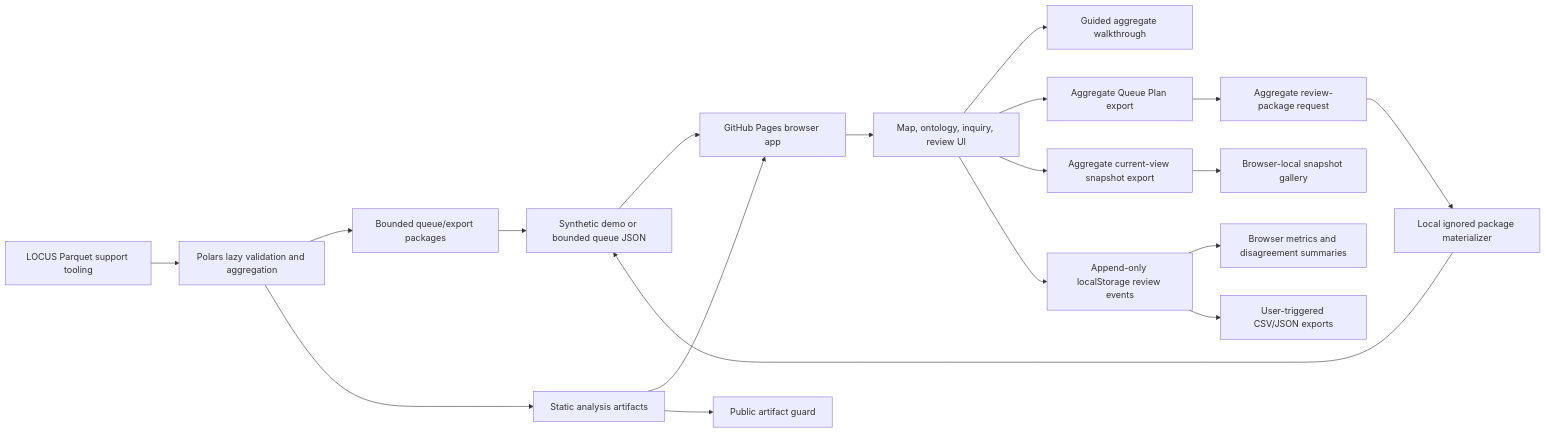
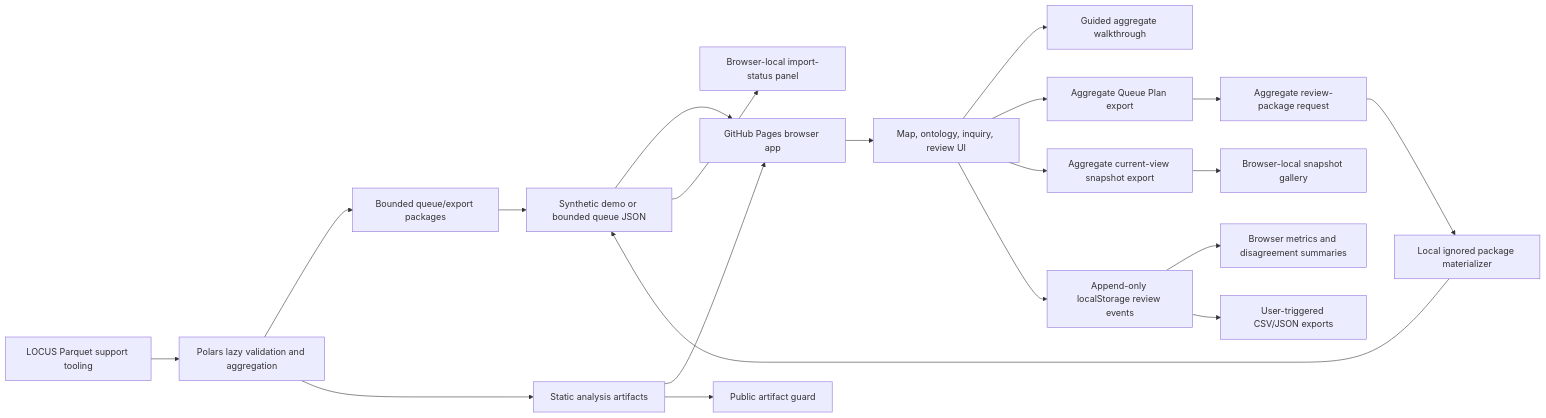
Before and after one commit to evcatalyst/evolocus: the diagram in docs/architecture.md, drawn with Mermaid. The commit also changed other lines of this file and 11 other files, not shown here.

Commit message:
feat: show browser import package status

````diff
--- a/docs/architecture.md
+++ b/docs/architecture.md
@@ -7,21 +7,22 @@
 ```mermaid
 flowchart LR
   A["Synthetic demo or bounded queue JSON"] --> B["GitHub Pages browser app"]
   C["Static analysis artifacts"] --> B
   B --> D["Map, ontology, inquiry, review UI"]
   D --> W["Guided aggregate walkthrough"]
   D --> Q["Aggregate Queue Plan export"]
   Q --> R["Aggregate review-package request"]
   R --> S["Local ignored package materializer"]
   S --> A
   D --> X["Aggregate current-view snapshot export"]
   X --> Y["Browser-local snapshot gallery"]
+  A --> Z["Browser-local import-status panel"]
   D --> E["Append-only localStorage review events"]
   E --> F["Browser metrics and disagreement summaries"]
   E --> G["User-triggered CSV/JSON exports"]
   H["LOCUS Parquet support tooling"] --> I["Polars lazy validation and aggregation"]
   I --> J["Bounded queue/export packages"]
   I --> C
   C --> V["Public artifact guard"]
   J --> A
 ```
````
